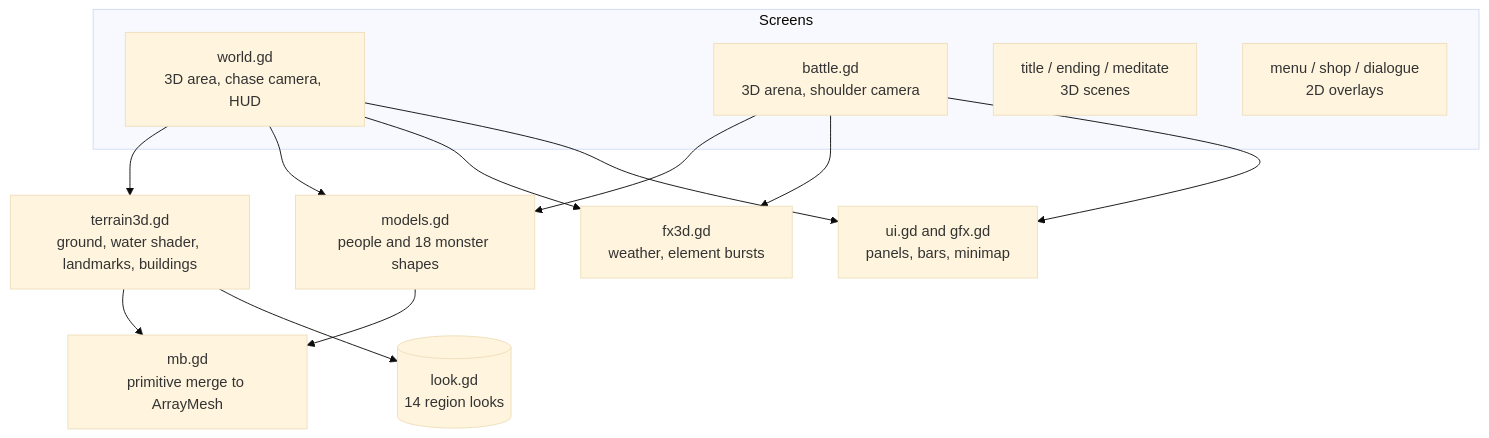
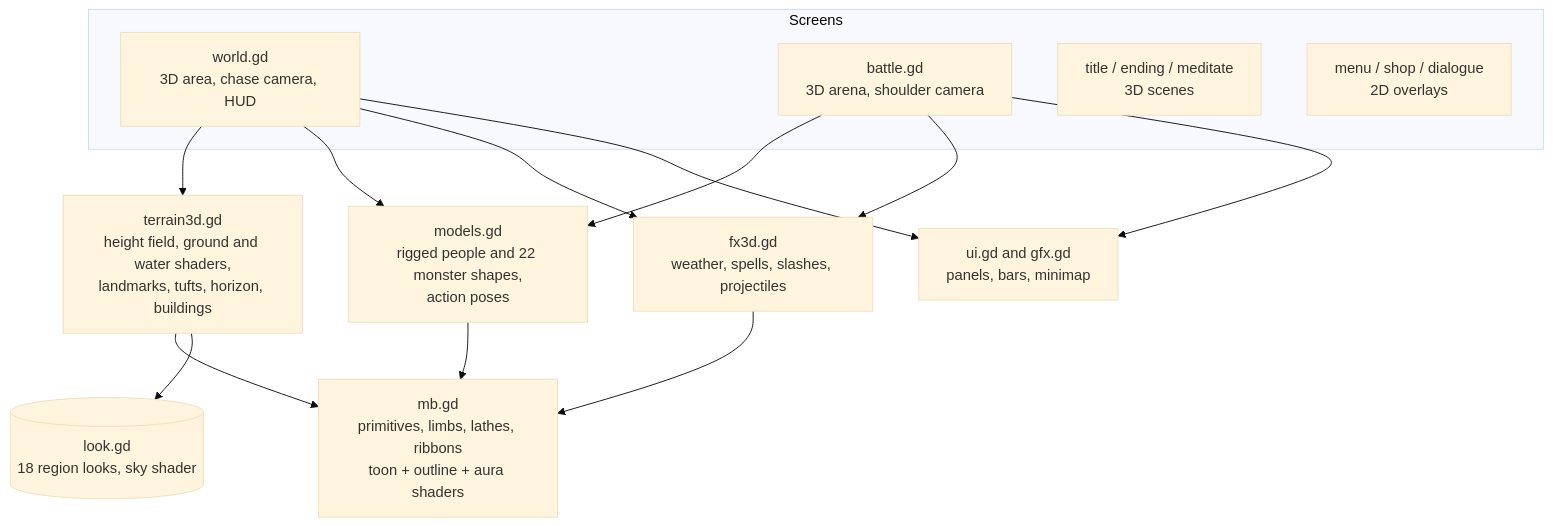
One commit to jgyy/timegox changed the fifth of 6 diagrams in README.md. Above: the diagram before and after it, drawn with Mermaid (base theme). The commit also changed other lines of this file and 21 other files, not shown here.

Commit message:
Rebuild the 3D graphics (about 3x the code), add Part IV (+1 hour), fix bugs (#4)

````diff
--- a/README.md
+++ b/README.md
@@ -150,19 +227,20 @@
 ```mermaid
 flowchart TD
     subgraph Screens
         W[world.gd<br/>3D area, chase camera, HUD]
         B[battle.gd<br/>3D arena, shoulder camera]
         T[title / ending / meditate<br/>3D scenes]
         M[menu / shop / dialogue<br/>2D overlays]
     end
-    W --> TER[terrain3d.gd<br/>ground, water shader, landmarks, buildings]
-    W --> MOD[models.gd<br/>people and 18 monster shapes]
+    W --> TER[terrain3d.gd<br/>height field, ground and water shaders,<br/>landmarks, tufts, horizon, buildings]
+    W --> MOD[models.gd<br/>rigged people and 22 monster shapes,<br/>action poses]
     B --> MOD
-    B --> FX[fx3d.gd<br/>weather, element bursts]
+    B --> FX[fx3d.gd<br/>weather, spells, slashes, projectiles]
     W --> FX
-    TER --> MB[mb.gd<br/>primitive merge to ArrayMesh]
+    TER --> MB[mb.gd<br/>primitives, limbs, lathes, ribbons<br/>toon + outline + aura shaders]
     MOD --> MB
-    TER --> LK[(look.gd<br/>14 region looks)]
+    FX --> MB
+    TER --> LK[(look.gd<br/>18 region looks, sky shader)]
     W --> UI[ui.gd and gfx.gd<br/>panels, bars, minimap]
     B --> UI
 ```
````
